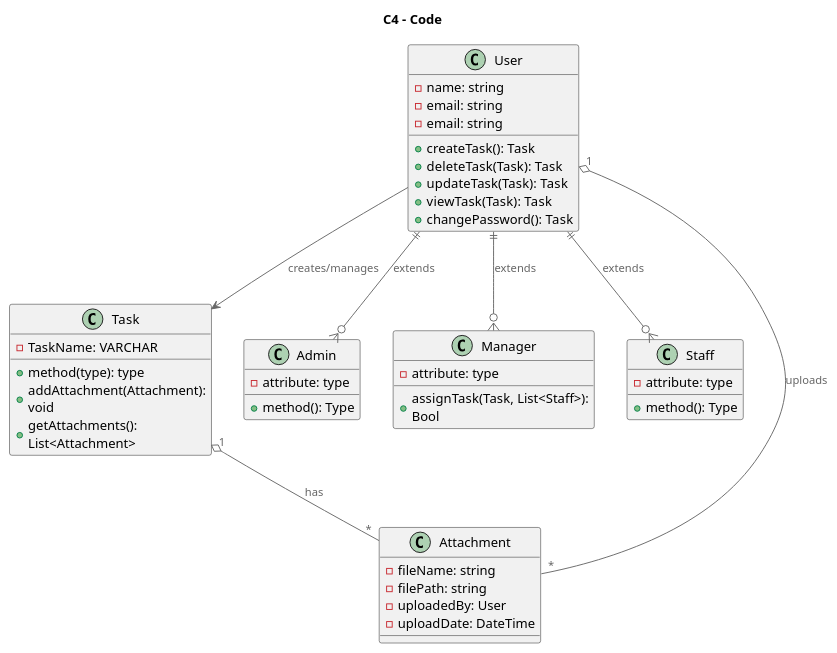
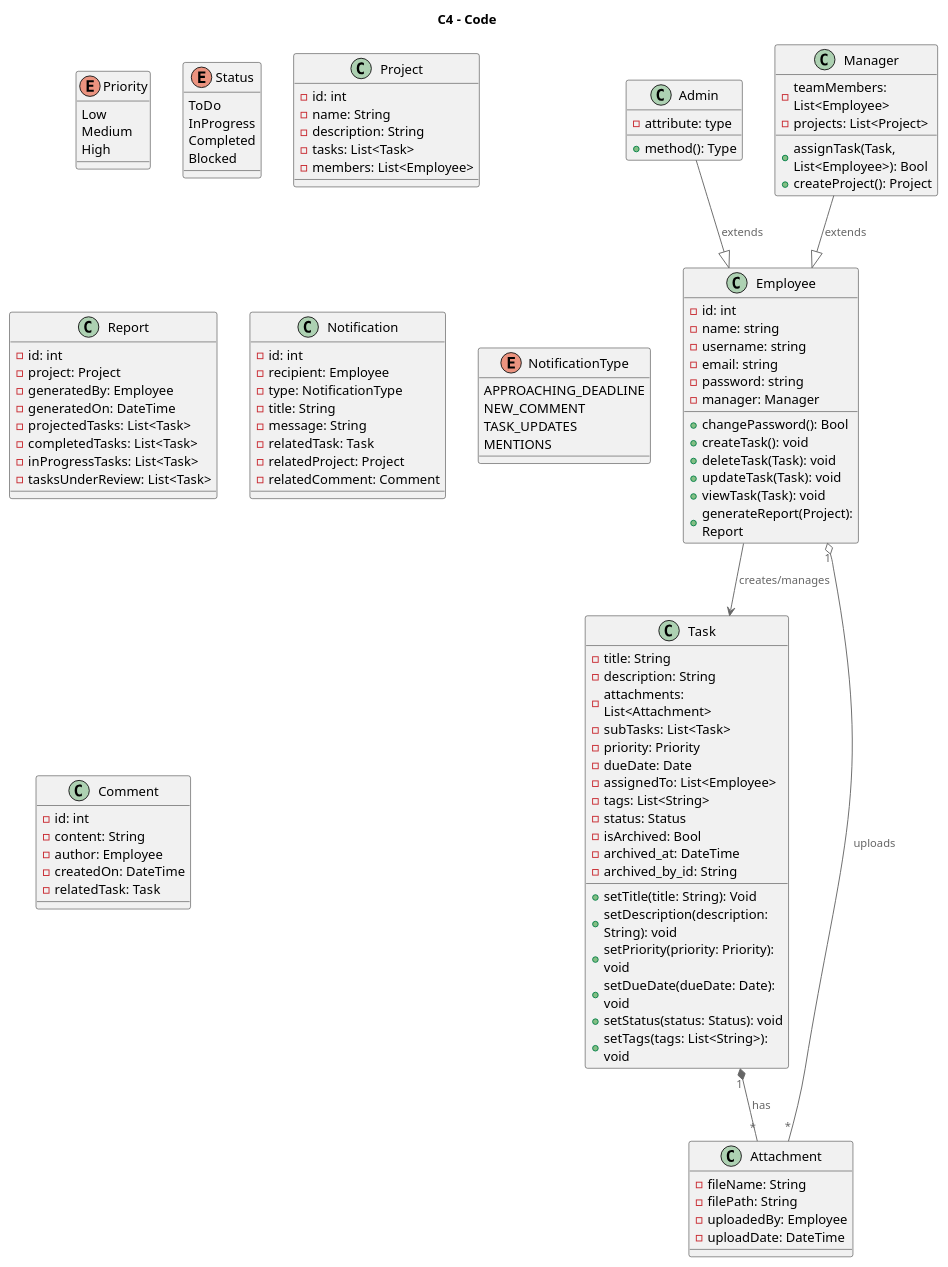
The diagram in plantuml/c4_class.puml (XavierTanMT/IS212---Software_Project_Management), drawn with PlantUML before and after one commit. The commit also changed 3 other files, not shown here.

Commit message:
new class diagram

```diff
--- a/plantuml/c4_class.puml
+++ b/plantuml/c4_class.puml
@@ -1,55 +1,127 @@
 @startuml c4_class
 !include <C4/C4_Context>
 
 title C4 - Code
 
-class User {
+class Employee {
+  - id: int
   - name: string
+  - username: string
   - email: string
-  - email: string
-  + createTask(): Task
-  + deleteTask(Task): Task
-  + updateTask(Task): Task
-  + viewTask(Task): Task
-  + changePassword(): Task
-}
-
-class Task {
-  - TaskName: VARCHAR
-  + method(type): type
-  +addAttachment(Attachment): void
-  +getAttachments(): List<Attachment>
+  - password: string
+  - manager: Manager
+  + changePassword(): Bool
+  + createTask(): void
+  + deleteTask(Task): void
+  + updateTask(Task): void
+  + viewTask(Task): void
+  + generateReport(Project): Report
 }
 
 class Admin {
   - attribute: type
   + method(): Type
 }
 
 class Manager {
-  - attribute: type
-  + assignTask(Task, List<Staff>): Bool
+  - teamMembers: List<Employee>
+  - projects: List<Project>
+  + assignTask(Task, List<Employee>): Bool
+  + createProject(): Project
 }
 
-class Staff {
-  - attribute: type
-  + method(): Type
+enum Priority {
+    Low
+    Medium
+    High
+}
+
+enum Status {
+    ToDo
+    InProgress
+    Completed
+    Blocked
+}
+
+class Task {
+  - title: String
+  - description: String
+  - attachments: List<Attachment>
+  - subTasks: List<Task>
+  - priority: Priority
+  - dueDate: Date
+  - assignedTo: List<Employee>
+  - tags: List<String>
+  - status: Status
+  - isArchived: Bool
+  - archived_at: DateTime
+  - archived_by_id: String
+  + setTitle(title: String): Void
+  + setDescription(description: String): void
+  + setPriority(priority: Priority): void
+  + setDueDate(dueDate: Date): void
+  + setStatus(status: Status): void
+  + setTags(tags: List<String>): void
+}
+
+class Project {
+  - id: int
+  - name: String
+  - description: String
+  - tasks: List<Task>
+  - members: List<Employee>
 }
 
 class Attachment {
-  -fileName: string
-  -filePath: string
-  -uploadedBy: User
+  -fileName: String
+  -filePath: String
+  -uploadedBy: Employee
   -uploadDate: DateTime
 }
 
-Task "1" o-- "*" Attachment : has
-User "1" o-- "*" Attachment : uploads
+class Report {
+  - id: int
+  - project: Project
+  - generatedBy: Employee
+  - generatedOn: DateTime
+  - projectedTasks: List<Task>
+  - completedTasks: List<Task>
+  - inProgressTasks: List<Task>
+  - tasksUnderReview: List<Task>
+}
 
-User ||--o{ Admin : extends
-User ||--o{ Manager : extends  
-User ||--o{ Staff : extends
+class Notification {
+  - id: int
+  - recipient: Employee
+  - type: NotificationType
+  - title: String
+  - message: String
+  - relatedTask: Task
+  - relatedProject: Project
+  - relatedComment: Comment
+}
 
-User --> Task : creates/manages
+enum NotificationType {
+    APPROACHING_DEADLINE
+    NEW_COMMENT
+    TASK_UPDATES
+    MENTIONS
+}
+
+class Comment {
+  - id: int
+  - content: String
+  - author: Employee
+  - createdOn: DateTime
+  - relatedTask: Task
+}
+
+Task "1" *-- "*" Attachment : has
+Employee "1" o-- "*" Attachment : uploads
+
+Admin --|> Employee : extends
+Manager --|> Employee : extends
+
+Employee --> Task : creates/manages
 
 @enduml
```
